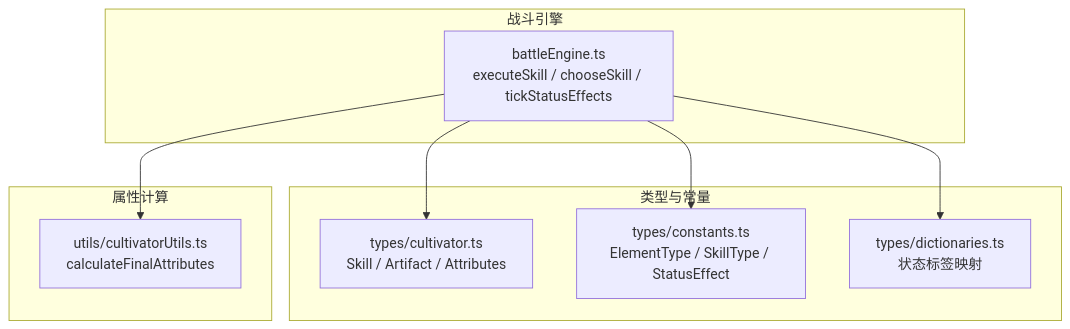
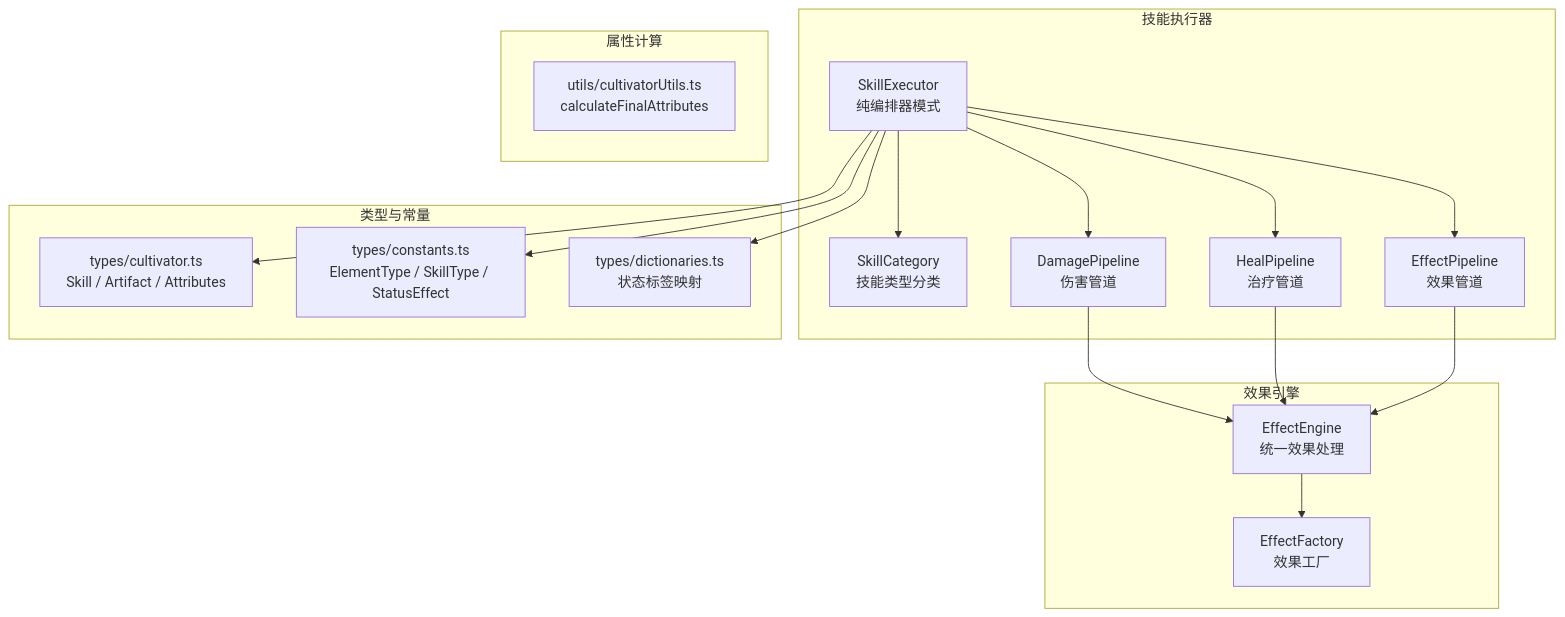
One commit to ChurchTao/Daoyou changed the first of 6 diagrams in .qoder/repowiki/zh/content/核心功能模块/战斗系统/战斗流程/回合执行/技能执行逻辑.md. Above: the diagram before and after it, drawn with Mermaid. The commit also changed other lines of this file and 5 other files, not shown here.

````diff
--- a/.qoder/repowiki/zh/content/核心功能模块/战斗系统/战斗流程/回合执行/技能执行逻辑.md
+++ b/.qoder/repowiki/zh/content/核心功能模块/战斗系统/战斗流程/回合执行/技能执行逻辑.md
@@ -41,18 +58,33 @@
 ```mermaid
 graph TB
-subgraph "战斗引擎"
-BE["battleEngine.ts<br/>executeSkill / chooseSkill / tickStatusEffects"]
+subgraph "技能执行器"
+SE["SkillExecutor<br/>纯编排器模式"]
+SC["SkillCategory<br/>技能类型分类"]
+DP["DamagePipeline<br/>伤害管道"]
+HP["HealPipeline<br/>治疗管道"]
+EP["EffectPipeline<br/>效果管道"]
+end
+subgraph "效果引擎"
+EE["EffectEngine<br/>统一效果处理"]
+EF["EffectFactory<br/>效果工厂"]
 end
 subgraph "类型与常量"
 T1["types/cultivator.ts<br/>Skill / Artifact / Attributes"]
 T2["types/constants.ts<br/>ElementType / SkillType / StatusEffect"]
 T3["types/dictionaries.ts<br/>状态标签映射"]
 end
 subgraph "属性计算"
 U1["utils/cultivatorUtils.ts<br/>calculateFinalAttributes"]
 end
-BE --> U1
-BE --> T1
-BE --> T2
-BE --> T3
+SE --> SC
+SE --> DP
+SE --> HP
+SE --> EP
+DP --> EE
+HP --> EE
+EP --> EE
+EE --> EF
+SE --> T1
+SE --> T2
+SE --> T3
 ```
````
